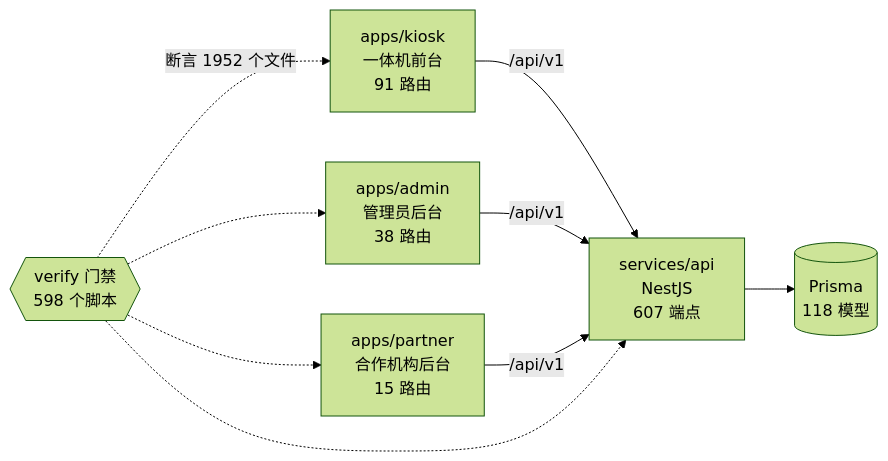
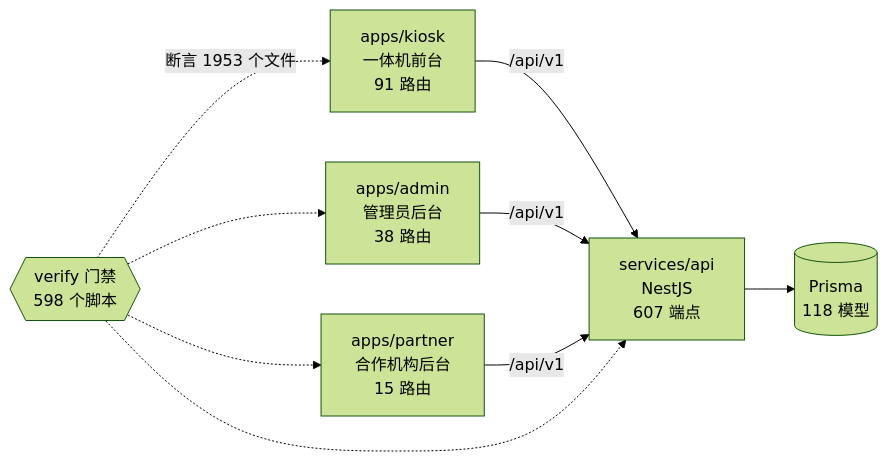
The diagram in docs/graph/README.md (wanglei581/YITIJI), drawn with Mermaid (forest theme) before and after one commit. The commit also changed other lines of this file and 13 other files, not shown here.

````diff
--- a/docs/graph/README.md
+++ b/docs/graph/README.md
@@ -68,18 +68,18 @@
 ```mermaid
 flowchart LR
   kiosk["apps/kiosk<br/>一体机前台<br/>91 路由"]
   admin["apps/admin<br/>管理员后台<br/>38 路由"]
   partner["apps/partner<br/>合作机构后台<br/>15 路由"]
   api["services/api<br/>NestJS<br/>607 端点"]
   db[("Prisma<br/>118 模型")]
   gates{{"verify 门禁<br/>598 个脚本"}}
 
   kiosk -->|"/api/v1"| api
   admin -->|"/api/v1"| api
   partner -->|"/api/v1"| api
   api --> db
-  gates -.->|"断言 1952 个文件"| kiosk
+  gates -.->|"断言 1953 个文件"| kiosk
   gates -.-> admin
   gates -.-> partner
   gates -.-> api
 ```
````
